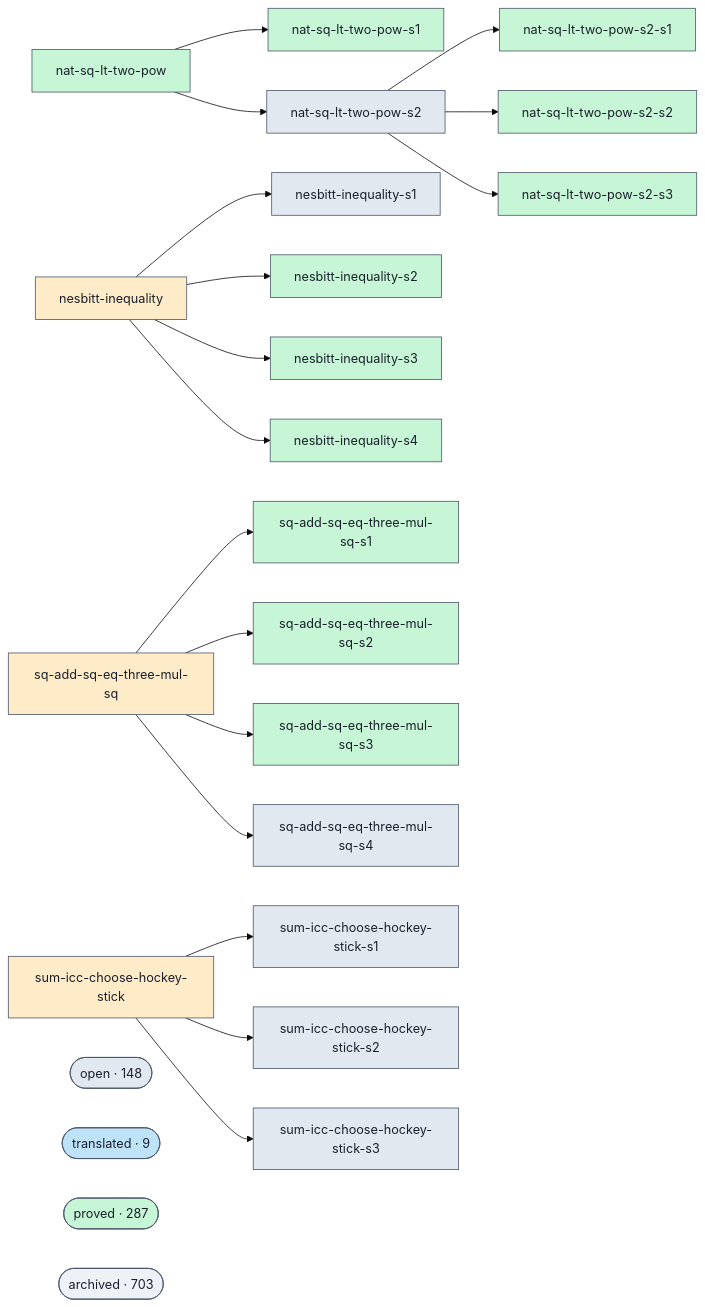
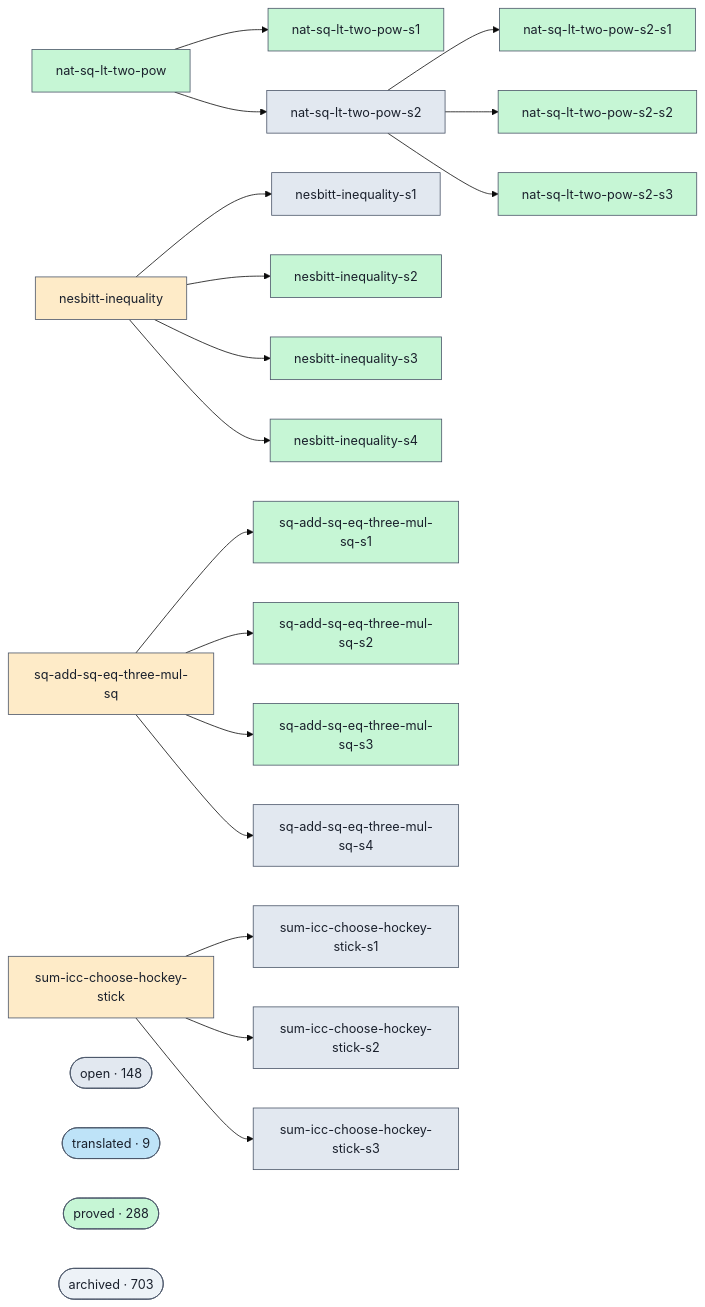
The diagram in docs/proofs-contributors-visualisation.md (ohdearquant/unsorry), drawn with Mermaid (base theme) before and after one commit. The commit also changed other lines of this file and 2 other files, not shown here.

```diff
--- a/docs/proofs-contributors-visualisation.md
+++ b/docs/proofs-contributors-visualisation.md
@@ -102,7 +102,7 @@
   class cluster_open open;
   cluster_translated(["translated · 9"])
   class cluster_translated translated;
-  cluster_proved(["proved · 287"])
+  cluster_proved(["proved · 288"])
   class cluster_proved proved;
   cluster_archived(["archived · 703"])
   class cluster_archived unknown;
```
